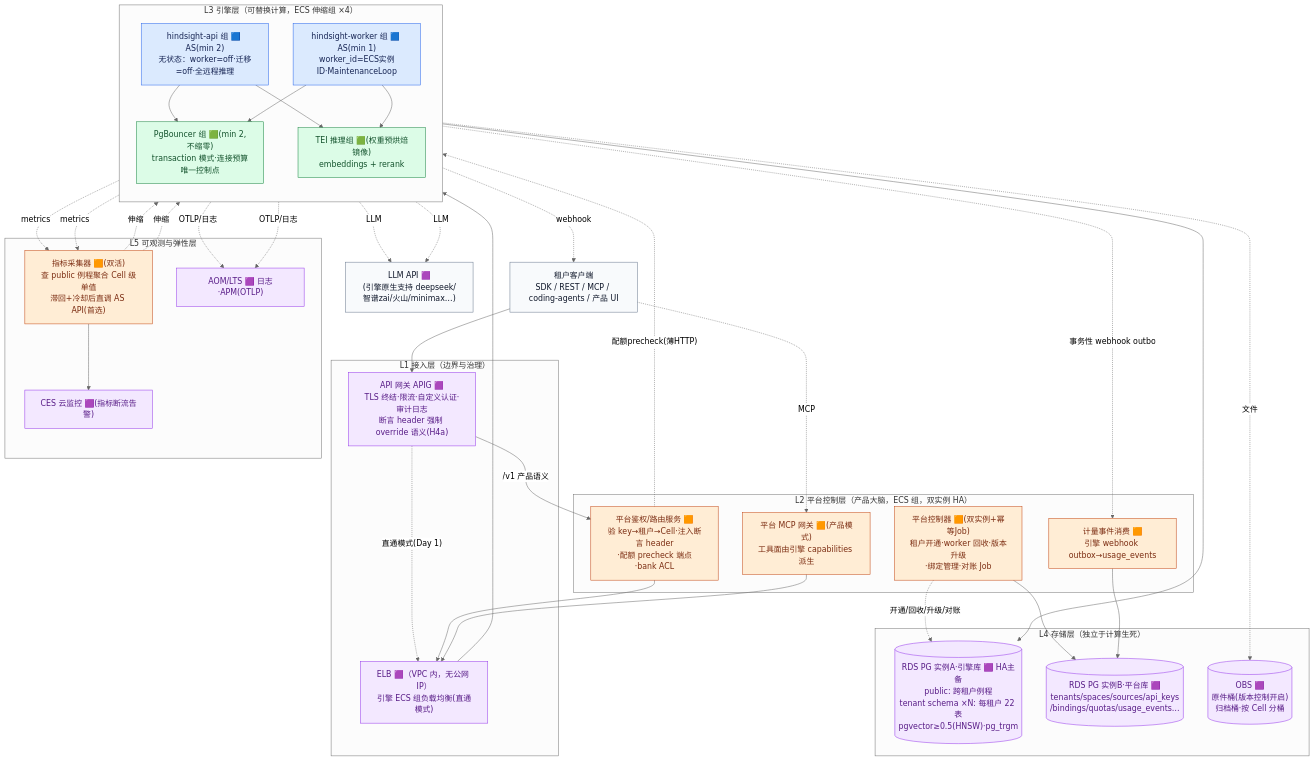
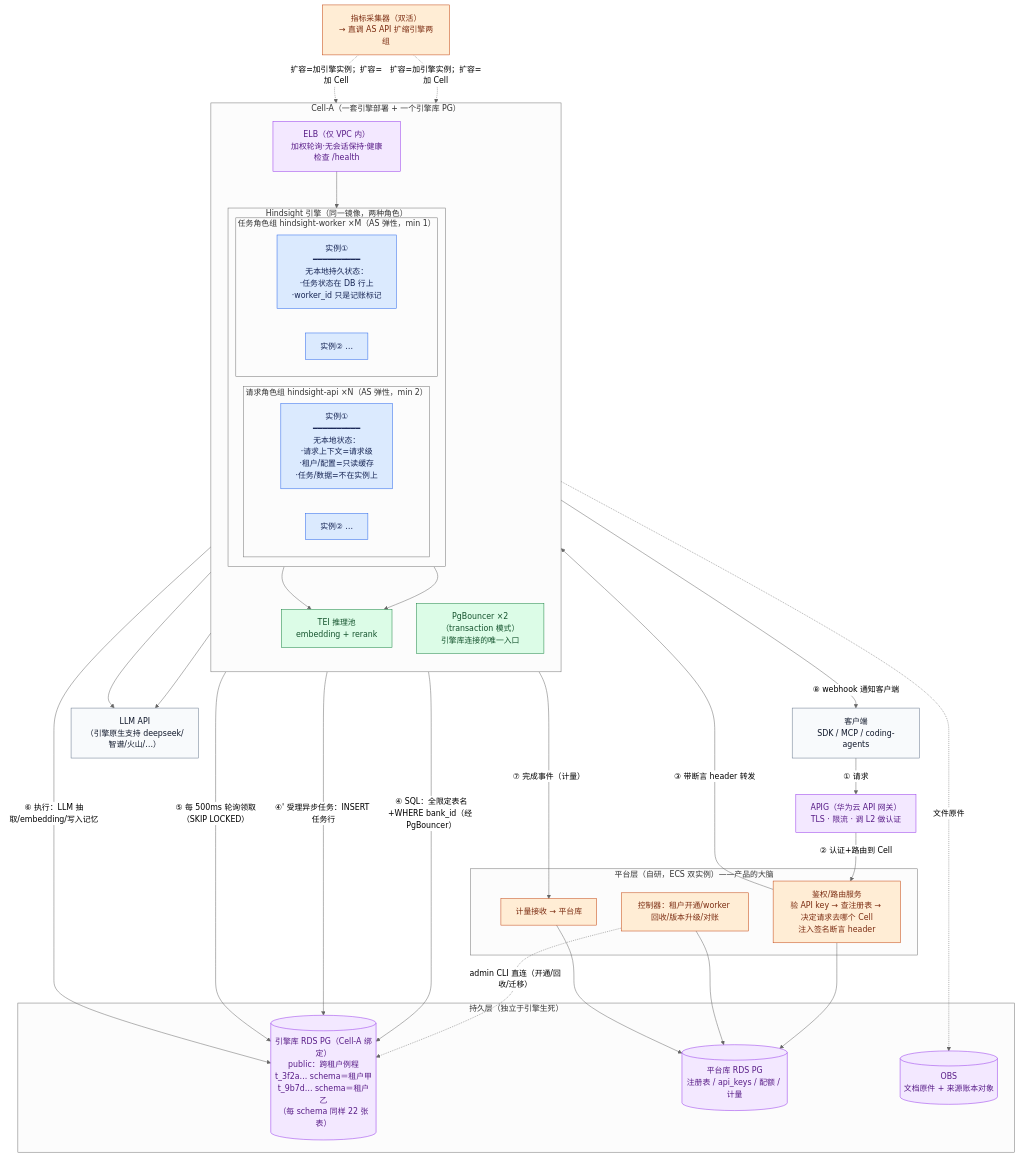
The first of 5 diagrams in docs/hindsight/huawei-cloud-serverless.md (stefanv5/memory-platform-architecture), drawn with Mermaid (neutral theme) before and after one commit. The commit also changed other lines of this file and 1 other file, not shown here.

Commit message:
docs(hindsight): restructure to V3 concern-oriented layout after second four-dimension review

```diff
--- a/docs/hindsight/huawei-cloud-serverless.md
+++ b/docs/hindsight/huawei-cloud-serverless.md
@@ -28,67 +28,64 @@
 ~~~mermaid
 flowchart TB
-  C["租户客户端<br/>SDK / REST / MCP / coding-agents / 产品 UI"]:::external
+  C["客户端<br/>SDK / MCP / coding-agents"]:::external
 
-  subgraph L1["L1 接入层（边界与治理）"]
-    APIG["API 网关 APIG 🟪<br/>TLS 终结·限流·自定义认证·审计日志<br/>断言 header 强制 override 语义(H4a)"]:::commercial
-    ELB["ELB 🟪（VPC 内，无公网 IP）<br/>引擎 ECS 组负载均衡(直通模式)"]:::commercial
+  APIG["APIG（华为云 API 网关）<br/>TLS · 限流 · 调 L2 做认证"]:::commercial
+
+  subgraph L2["平台层（自研，ECS 双实例）——产品的大脑"]
+    AUTH["鉴权/路由服务<br/>验 API key → 查注册表 → 决定请求去哪个 Cell<br/>注入签名断言 header"]:::platform
+    CTRL["控制器：租户开通/worker 回收/版本升级/对账"]:::platform
+    MEV["计量接收 → 平台库"]:::platform
   end
 
-  subgraph L2["L2 平台控制层（产品大脑，ECS 组，双实例 HA）"]
-    AUTH["平台鉴权/路由服务 🟧<br/>验 key→租户→Cell·注入断言 header<br/>·配额 precheck 端点·bank ACL"]:::platform
-    MCPG["平台 MCP 网关 🟧(产品模式)<br/>工具面由引擎 capabilities 派生"]:::platform
-    CTRL["平台控制器 🟧(双实例+幂等Job)<br/>租户开通·worker 回收·版本升级<br/>·绑定管理·对账 Job"]:::platform
-    MEV["计量事件消费 🟧<br/>引擎 webhook outbox→usage_events"]:::platform
+  subgraph CELLA["Cell-A（一套引擎部署 + 一个引擎库 PG）"]
+    direction TB
+    ELB["ELB（仅 VPC 内）<br/>加权轮询·无会话保持·健康检查 /health"]:::commercial
+
+    subgraph ENG["Hindsight 引擎（同一镜像，两种角色）"]
+      direction LR
+      subgraph ROLE1["请求角色组 hindsight-api ×N（AS 弹性，min 2）"]
+        A1["实例①<br/>━━━━━━━━━━<br/>无本地状态：<br/>·请求上下文=请求级<br/>·租户/配置=只读缓存<br/>·任务/数据=不在实例上"]:::hs
+        A2["实例② …"]:::hs
+      end
+      subgraph ROLE2["任务角色组 hindsight-worker ×M（AS 弹性，min 1）"]
+        W1["实例①<br/>━━━━━━━━━━<br/>无本地持久状态：<br/>·任务状态在 DB 行上<br/>·worker_id 只是记账标记"]:::hs
+        W2["实例② …"]:::hs
+      end
+    end
+
+    PB["PgBouncer ×2（transaction 模式）<br/>引擎库连接的唯一入口"]:::oss
+    TEI["TEI 推理池<br/>embedding + rerank"]:::oss
   end
 
-  subgraph L3["L3 引擎层（可替换计算，ECS 伸缩组 ×4）"]
-    direction TB
-    APIG2["hindsight-api 组 🟦 AS(min 2)<br/>无状态：worker=off·迁移=off·全远程推理"]:::hs
-    WRK["hindsight-worker 组 🟦 AS(min 1)<br/>worker_id=ECS实例ID·MaintenanceLoop"]:::hs
-    PB["PgBouncer 组 🟩(min 2,不缩零)<br/>transaction 模式·连接预算唯一控制点"]:::oss
-    TEI["TEI 推理组 🟩(权重预烘焙镜像)<br/>embeddings + rerank"]:::oss
+  subgraph DATA["持久层（独立于引擎生死）"]
+    RDSE[("引擎库 RDS PG（Cell-A 绑定）<br/>public：跨租户例程<br/>t_3f2a… schema＝租户甲<br/>t_9b7d… schema＝租户乙<br/>（每 schema 同样 22 张表）")]:::commercial
+    RDSP[("平台库 RDS PG<br/>注册表 / api_keys / 配额 / 计量")]:::commercial
+    OBS[("OBS<br/>文档原件 + 来源账本对象")]:::commercial
   end
 
-  subgraph L4["L4 存储层（独立于计算生死）"]
-    RDSE[("RDS PG 实例A·引擎库 🟪 HA主备<br/>public: 跨租户例程<br/>tenant schema ×N: 每租户 22 表<br/>pgvector≥0.5(HNSW)·pg_trgm")]:::commercial
-    RDSP[("RDS PG 实例B·平台库 🟪<br/>tenants/spaces/sources/api_keys<br/>/bindings/quotas/usage_events…")]:::commercial
-    OBS[("OBS 🟪<br/>原件桶(版本控制开启)<br/>归档桶·按 Cell 分桶")]:::commercial
-  end
+  LLM["LLM API<br/>（引擎原生支持 deepseek/智谱/火山/…）"]:::external
+  SCALE["指标采集器（双活）<br/>→ 直调 AS API 扩缩引擎两组"]:::platform
 
-  subgraph L5["L5 可观测与弹性层"]
-    COL["指标采集器 🟧(双活)<br/>查 public 例程聚合 Cell 级单值<br/>滞回+冷却后直调 AS API(首选)"]:::platform
-    CES["CES 云监控 🟪(指标断流告警)"]:::commercial
-    AOM["AOM/LTS 🟪 日志·APM(OTLP)"]:::commercial
-  end
-
-  C --> APIG
-  APIG -->|"/v1 产品语义"| AUTH
-  APIG -.直通模式(Day 1).-> ELB
-  C -.MCP.-> MCPG
-  AUTH --> ELB
-  ELB --> APIG2
-  MCPG --> ELB
-  AUTH -.配额precheck(薄HTTP).-> APIG2
-  CTRL -.开通/回收/升级/对账.-> RDSE
-  CTRL --> RDSP
-  APIG2 --> PB
-  WRK --> PB
-  PB --> RDSE
-  APIG2 -.文件.-> OBS
-  WRK -.事务性 webhook outbox.-> MEV
-  MEV --> RDSP
-  APIG2 --> TEI
-  WRK --> TEI
-  APIG2 & WRK -.LLM.-> LLMP["LLM API 🟪<br/>(引擎原生支持 deepseek/智谱zai/火山/minimax…)"]:::external
-  WRK -.webhook.-> C
-  APIG2 & WRK -.OTLP/日志.-> AOM
-  APIG2 & WRK -.metrics.-> COL
-  COL --> CES
-  COL -.伸缩.-> APIG2 & WRK
+  C -->|"① 请求"| APIG
+  APIG -->|"② 认证+路由到 Cell"| AUTH
+  AUTH -->|"③ 带断言 header 转发"| ELB
+  ELB --> A1
+  A1 -->|"④ SQL：全限定表名+WHERE bank_id（经 PgBouncer）"| RDSE
+  A1 -->|"④' 受理异步任务：INSERT 任务行"| RDSE
+  W1 -->|"⑤ 每 500ms 轮询领取（SKIP LOCKED）"| RDSE
+  W1 -->|"⑥ 执行：LLM 抽取/embedding/写入记忆"| RDSE
+  A1 & W1 --> TEI
+  A1 & W1 --> LLM
+  W1 -->|"⑦ 完成事件（计量）"| MEV
+  W1 -->|"⑧ webhook 通知客户端"| C
+  A1 -.->|"文件原件"| OBS
+  AUTH & CTRL & MEV --> RDSP
+  CTRL -.->|"admin CLI 直连（开通/回收/迁移）"| RDSE
+  SCALE -.->|"扩容=加引擎实例；扩容=加 Cell"| ROLE1 & ROLE2
 
   classDef hs fill:#DBEAFE,stroke:#2563EB,color:#172554;
   classDef oss fill:#DCFCE7,stroke:#15803D,color:#14532D;
   classDef platform fill:#FFEDD5,stroke:#C2410C,color:#7C2D12;
   classDef commercial fill:#F3E8FF,stroke:#9333EA,color:#581C87;
   classDef external fill:#F8FAFC,stroke:#64748B,color:#0F172A;
 ~~~
```
